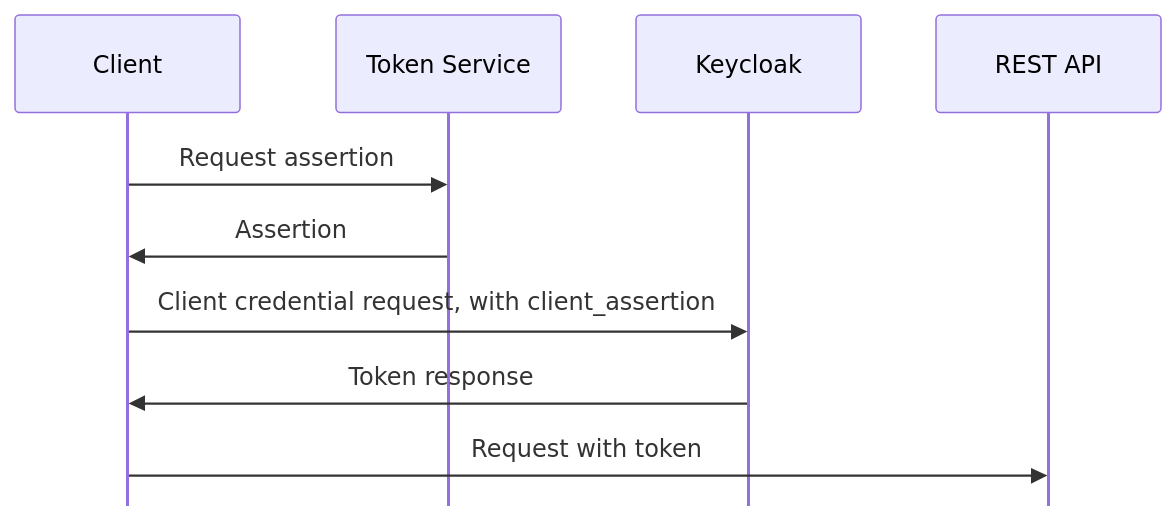
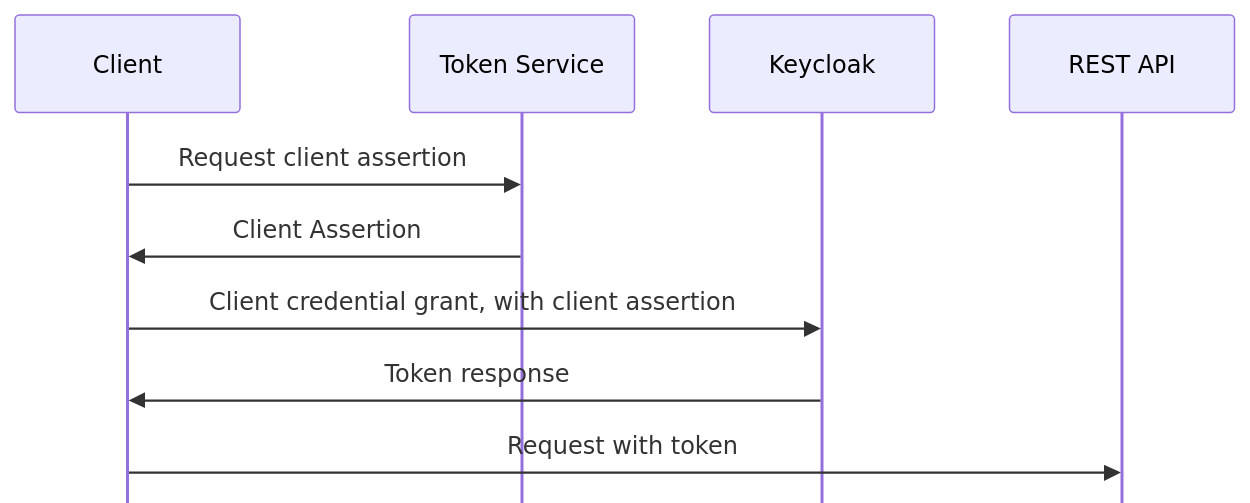
Before and after one commit to stianst/playground: the second of 6 diagrams in seq/flows.md, drawn with Mermaid. The commit also changed other lines of this file, not shown here.

````diff
--- a/seq/flows.md
+++ b/seq/flows.md
@@ -22,16 +21,17 @@
 ```mermaid
 ---
 config:
     mirrorActors: false
 ---
 sequenceDiagram
     participant C as Client
     participant TS as Token Service
     participant KC as Keycloak
     participant RS as REST API
-    C->>TS: Request assertion
-    TS->>C: Assertion
-    C->>KC: Client credential request, with client_assertion
+
+    C->>TS: Request client assertion
+    TS->>C: Client Assertion
+    C->>KC: Client credential grant, with client assertion
     KC->>C: Token response
     C->>RS: Request with token
 ```
````
